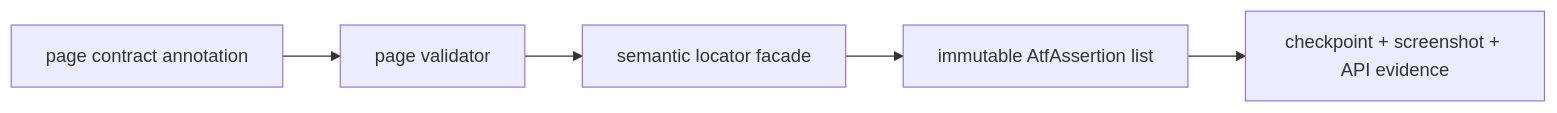
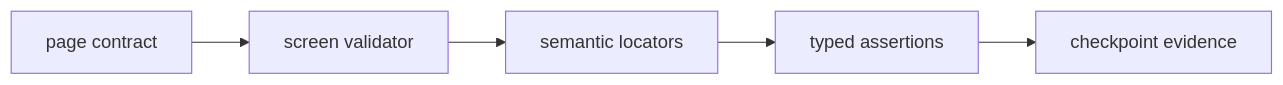
One commit to crististefanita/demo2 changed the fifth of 8 diagrams in atf-test-practice-shop/README.md. Above: the diagram before and after it, drawn with Mermaid. The commit also changed other lines of this file and 132 other files, not shown here.

````diff
--- a/atf-test-practice-shop/README.md
+++ b/atf-test-practice-shop/README.md
@@ -139,7 +252,7 @@
 ```mermaid
 flowchart LR
-    Annotation[page contract annotation] --> Validator[page validator]
-    Validator --> Locators[semantic locator facade]
-    Locators --> Assertions[immutable AtfAssertion list]
-    Assertions --> Checkpoint[checkpoint + screenshot + API evidence]
+    Contract["page contract"] --> Validator["screen validator"]
+    Validator --> Locators["semantic locators"]
+    Locators --> Assertions["typed assertions"]
+    Assertions --> Checkpoint["checkpoint evidence"]
 ```
````
